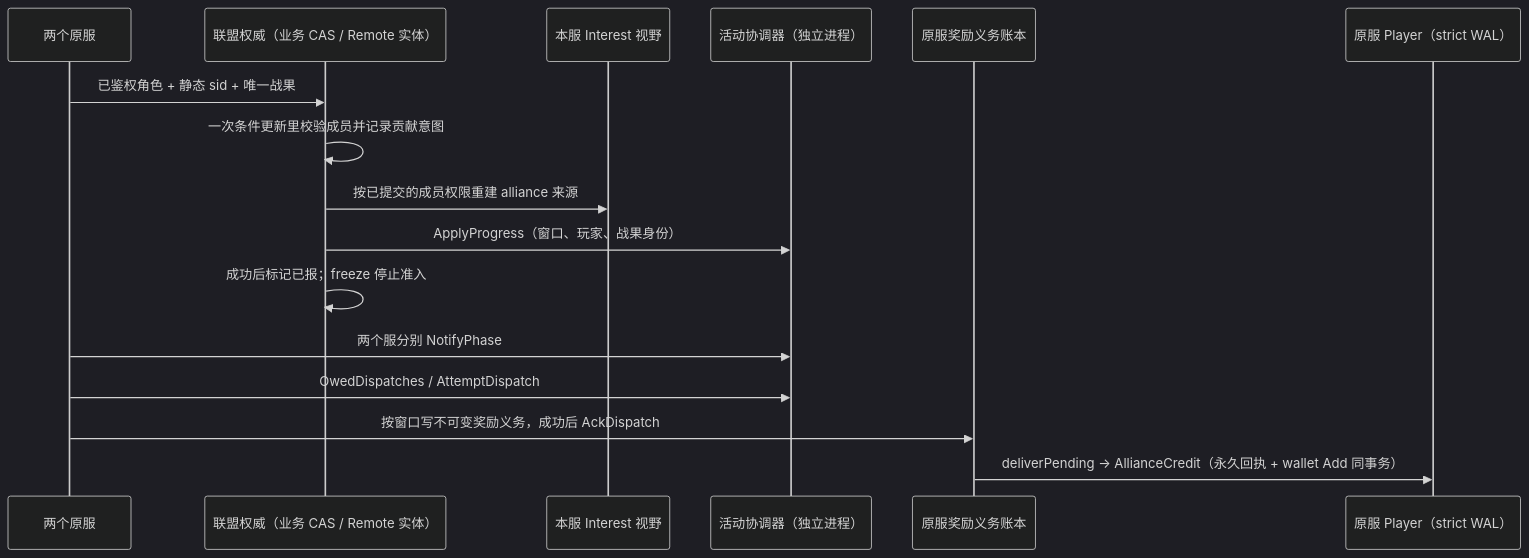
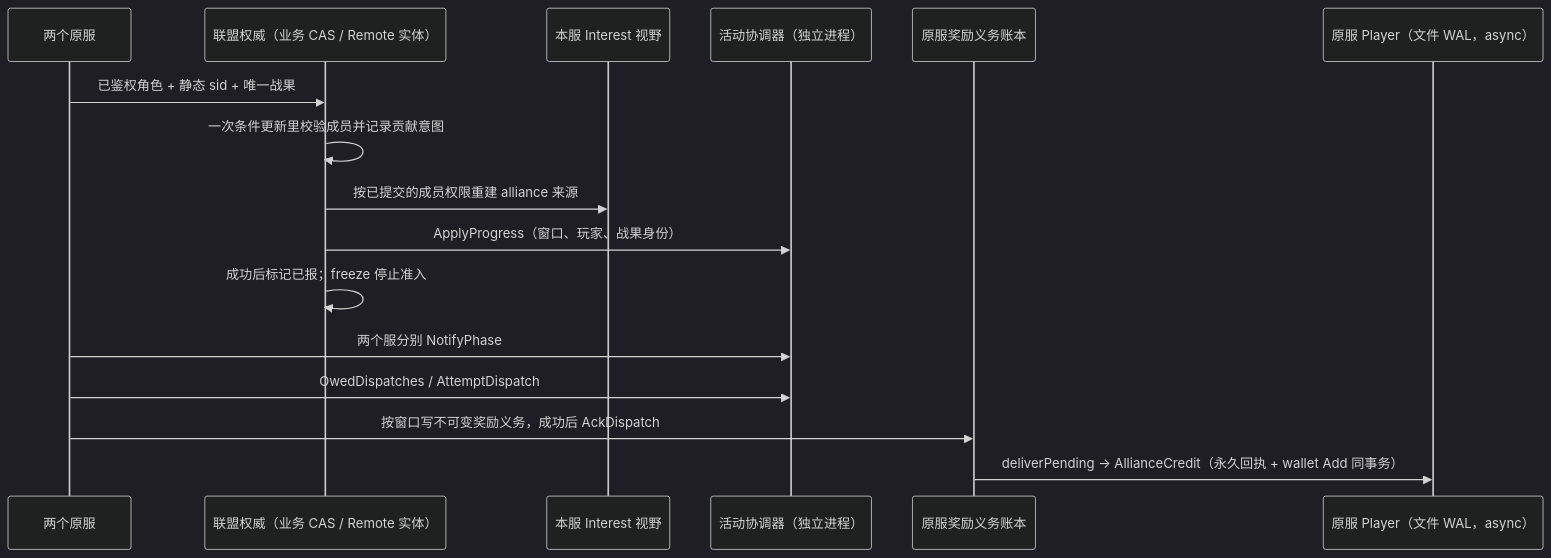
Before and after one commit to tjbdwanghaibo/roost-core: the second of 2 diagrams in docs/framework/SLG-INTEGRATION.md, drawn with Mermaid (dark theme). The commit also changed other lines of this file and 87 other files, not shown here.

````diff
--- a/docs/framework/SLG-INTEGRATION.md
+++ b/docs/framework/SLG-INTEGRATION.md
@@ -204,18 +204,18 @@
 ```mermaid
 sequenceDiagram
     participant H as 两个原服
     participant A as 联盟权威（业务 CAS / Remote 实体）
     participant V as 本服 Interest 视野
     participant C as 活动协调器（独立进程）
     participant R as 原服奖励义务账本
-    participant P as 原服 Player（strict WAL）
+    participant P as 原服 Player（文件 WAL，async）
     H->>A: 已鉴权角色 + 静态 sid + 唯一战果
     A->>A: 一次条件更新里校验成员并记录贡献意图
     A->>V: 按已提交的成员权限重建 alliance 来源
     A->>C: ApplyProgress（窗口、玩家、战果身份）
     A->>A: 成功后标记已报；freeze 停止准入
     H->>C: 两个服分别 NotifyPhase
     H->>C: OwedDispatches / AttemptDispatch
     H->>R: 按窗口写不可变奖励义务，成功后 AckDispatch
     R->>P: deliverPending → AllianceCredit（永久回执 + wallet Add 同事务）
 ```
````
